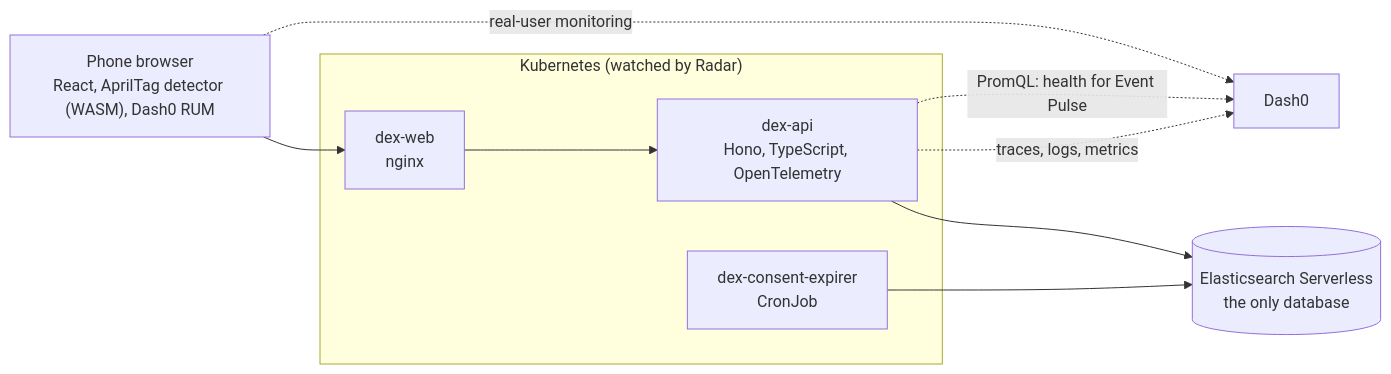
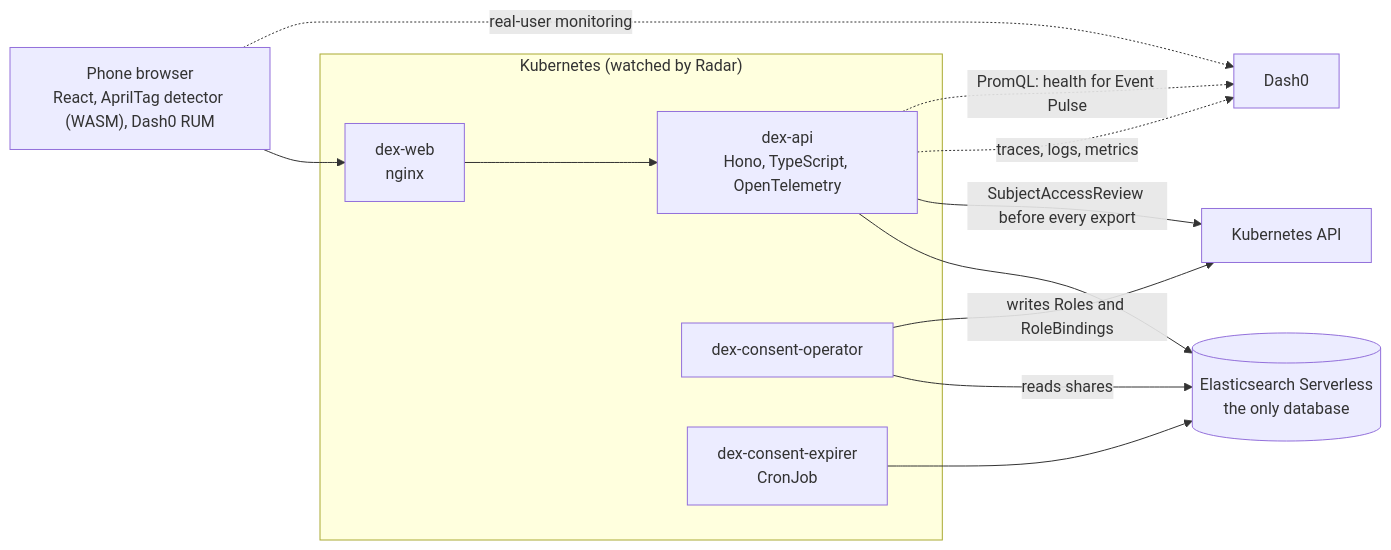
Before and after one commit to JoshTheMenace/confer: the diagram in README.md, drawn with Mermaid. The commit also changed other lines of this file and 1 other file, not shown here.

Commit message:
docs: README for the final product: requests and chat, Kubernetes consent, export, corrected claims; MIT licence

````diff
--- a/README.md
+++ b/README.md
@@ -27,15 +32,19 @@
 ```mermaid
 flowchart LR
   Phone["Phone browser<br/>React, AprilTag detector (WASM), Dash0 RUM"] --> Web["dex-web<br/>nginx"]
   Web --> API["dex-api<br/>Hono, TypeScript, OpenTelemetry"]
   API --> ES[("Elasticsearch Serverless<br/>the only database")]
+  Op["dex-consent-operator"] -- "reads shares" --> ES
+  Op -- "writes Roles and RoleBindings" --> K8s["Kubernetes API"]
+  API -- "SubjectAccessReview before every export" --> K8s
+  Cron["dex-consent-expirer<br/>CronJob"] --> ES
   API -. traces, logs, metrics .-> Dash0
   Phone -. real-user monitoring .-> Dash0
   API -. "PromQL: health for Event Pulse" .-> Dash0
-  Cron["dex-consent-expirer<br/>CronJob"] --> ES
   subgraph Kubernetes ["Kubernetes (watched by Radar)"]
     Web
     API
+    Op
     Cron
   end
 ```
````
